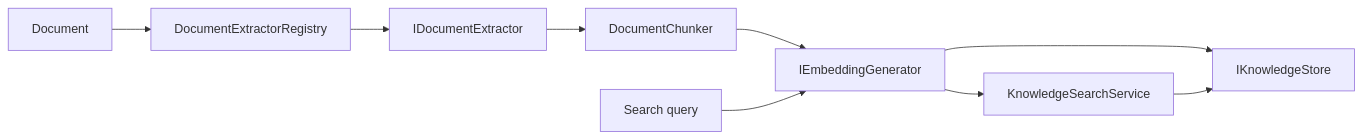
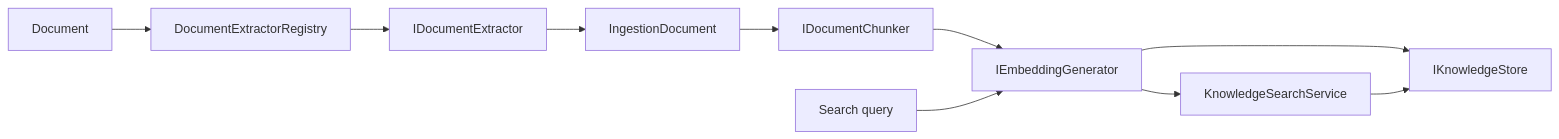
The diagram in src/MafPlayground.Retrieval/README.md (LautaroO/maf-playground), drawn with Mermaid before and after one commit. The commit also changed other lines of this file and 18 other files, not shown here.

````diff
--- a/src/MafPlayground.Retrieval/README.md
+++ b/src/MafPlayground.Retrieval/README.md
@@ -9,11 +9,12 @@
 ```mermaid
 flowchart LR
     File[Document] --> Registry[DocumentExtractorRegistry]
     Registry --> Extractor[IDocumentExtractor]
-    Extractor --> Chunker[DocumentChunker]
+    Extractor --> Document[IngestionDocument]
+    Document --> Chunker[IDocumentChunker]
     Chunker --> Embeddings[IEmbeddingGenerator]
     Embeddings --> Store[IKnowledgeStore]
     Query[Search query] --> Embeddings
     Embeddings --> Search[KnowledgeSearchService]
     Search --> Store
 ```
````
